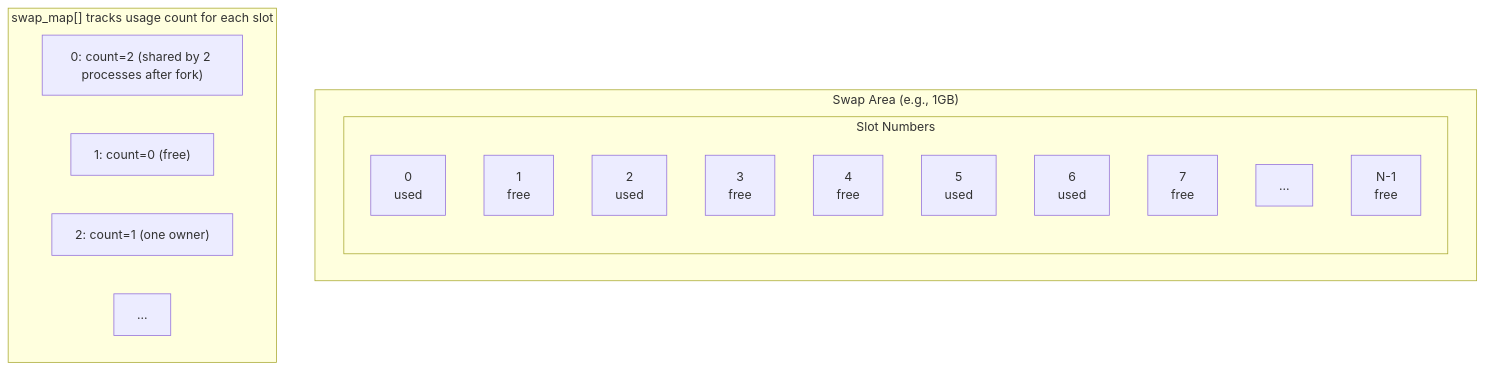
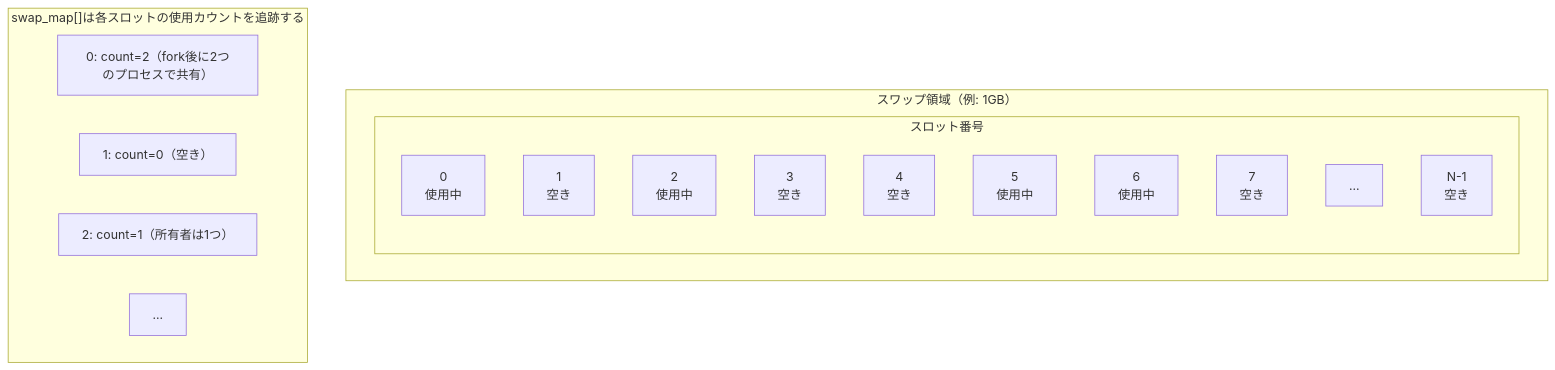
One commit to doguto/linux-kernel-internals-jp changed the fifth of 16 diagrams in docs/mm/swapping.md. Above: the diagram before and after it, drawn with Mermaid. The commit also changed other lines of this file and 27 other files, not shown here.

````diff
--- a/docs/mm/swapping.md
+++ b/docs/mm/swapping.md
@@ -111,25 +111,25 @@
 ```mermaid
 flowchart TB
-    subgraph SwapArea["Swap Area (e.g., 1GB)"]
+    subgraph SwapArea["スワップ領域（例: 1GB）"]
         direction LR
-        subgraph Slots["Slot Numbers"]
-            S0["0<br/>used"]
-            S1["1<br/>free"]
-            S2["2<br/>used"]
-            S3["3<br/>free"]
-            S4["4<br/>free"]
-            S5["5<br/>used"]
-            S6["6<br/>used"]
-            S7["7<br/>free"]
+        subgraph Slots["スロット番号"]
+            S0["0<br/>使用中"]
+            S1["1<br/>空き"]
+            S2["2<br/>使用中"]
+            S3["3<br/>空き"]
+            S4["4<br/>空き"]
+            S5["5<br/>使用中"]
+            S6["6<br/>使用中"]
+            S7["7<br/>空き"]
             SDOTS["..."]
-            SN["N-1<br/>free"]
+            SN["N-1<br/>空き"]
         end
     end
 
-    subgraph SwapMap["swap_map[] tracks usage count for each slot"]
-        M0["0: count=2 (shared by 2 processes after fork)"]
-        M1["1: count=0 (free)"]
-        M2["2: count=1 (one owner)"]
+    subgraph SwapMap["swap_map[]は各スロットの使用カウントを追跡する"]
+        M0["0: count=2（fork後に2つのプロセスで共有）"]
+        M1["1: count=0（空き）"]
+        M2["2: count=1（所有者は1つ）"]
         M3["..."]
     end
 ```
````
